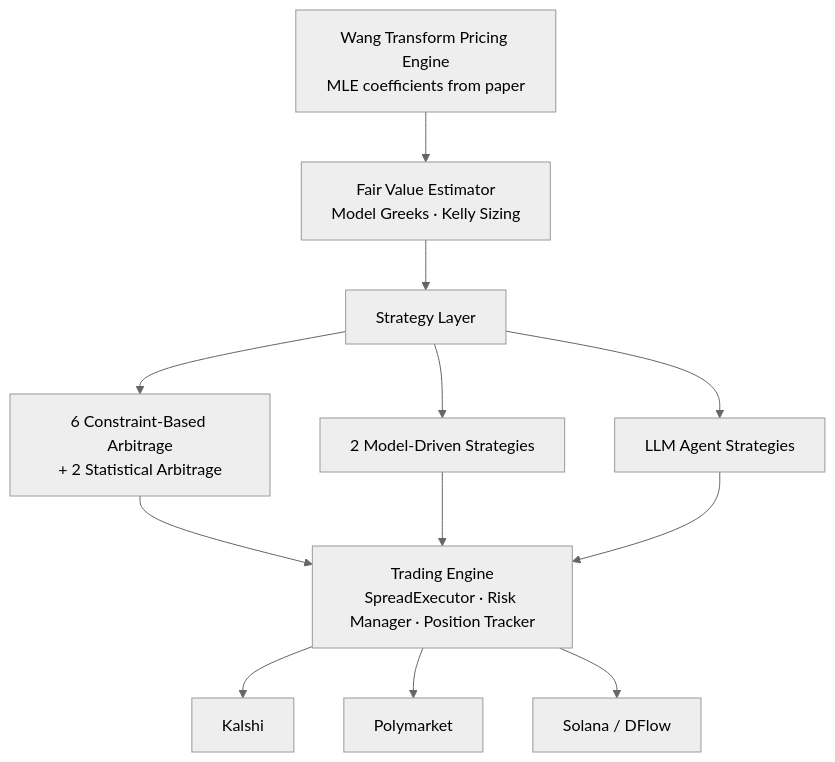
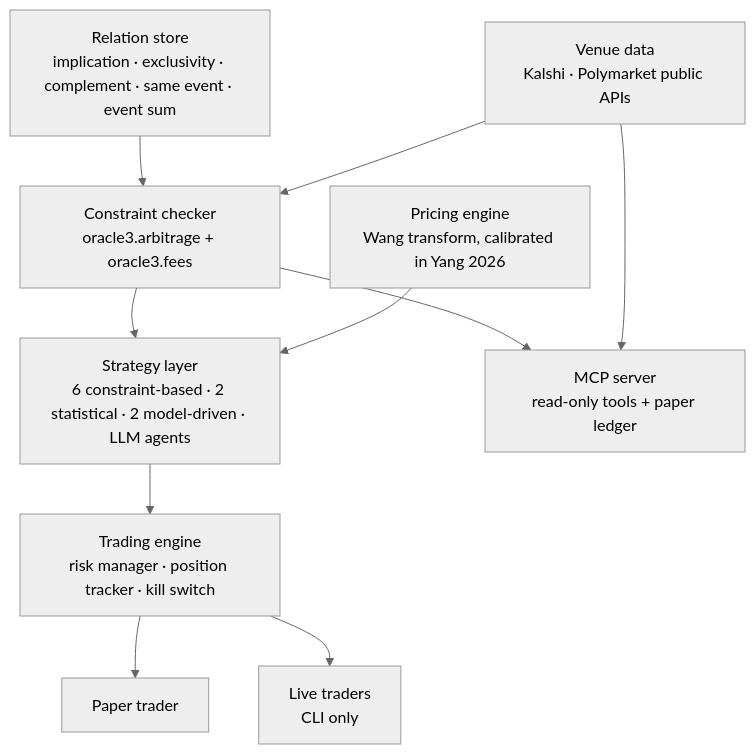
One commit to YichengYang-Ethan/oracle3 changed the diagram in README.md. Above: the diagram before and after it, drawn with Mermaid (neutral theme). The commit also changed other lines of this file and 20 other files, not shown here.

````diff
--- a/README.md
+++ b/README.md
@@ -42,14 +161,12 @@
 ```mermaid
 graph TD
-    A[Wang Transform Pricing Engine<br/>MLE coefficients from paper] --> B[Fair Value Estimator<br/>Model Greeks · Kelly Sizing]
-    B --> C[Strategy Layer]
-    C --> D[6 Constraint-Based Arbitrage<br/>+ 2 Statistical Arbitrage]
-    C --> E[2 Model-Driven Strategies]
-    C --> F[LLM Agent Strategies]
-    D --> G[Trading Engine<br/>SpreadExecutor · Risk Manager · Position Tracker]
-    E --> G
-    F --> G
-    G --> H[Kalshi]
-    G --> I[Polymarket]
-    G --> J[Solana / DFlow]
+    R[Relation store<br/>implication · exclusivity · complement · same event · event sum] --> C[Constraint checker<br/>oracle3.arbitrage + oracle3.fees]
+    Q[Venue data<br/>Kalshi · Polymarket public APIs] --> C
+    C --> S[Strategy layer<br/>6 constraint-based · 2 statistical · 2 model-driven · LLM agents]
+    P[Pricing engine<br/>Wang transform, calibrated in Yang 2026] --> S
+    S --> E[Trading engine<br/>risk manager · position tracker · kill switch]
+    E --> T[Paper trader]
+    E --> L[Live traders<br/>CLI only]
+    C --> M[MCP server<br/>read-only tools + paper ledger]
+    Q --> M
 ```
````
